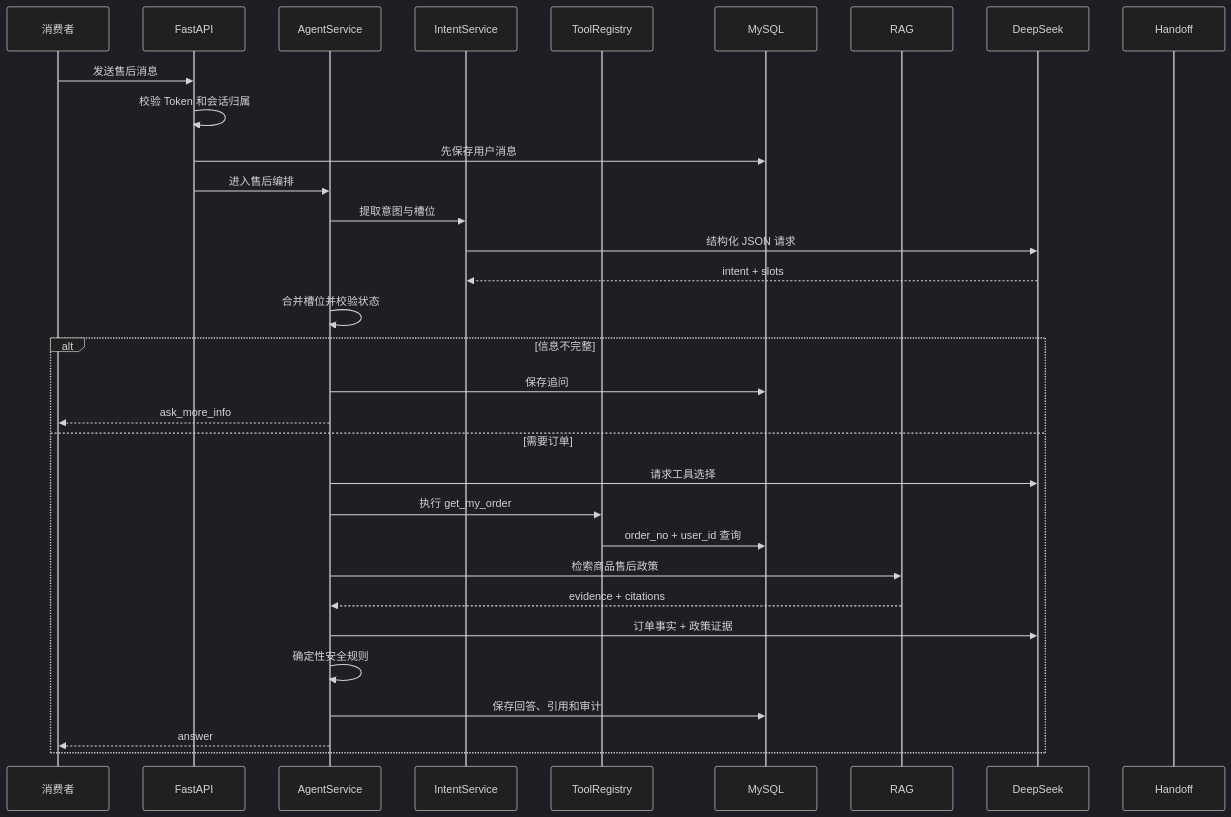
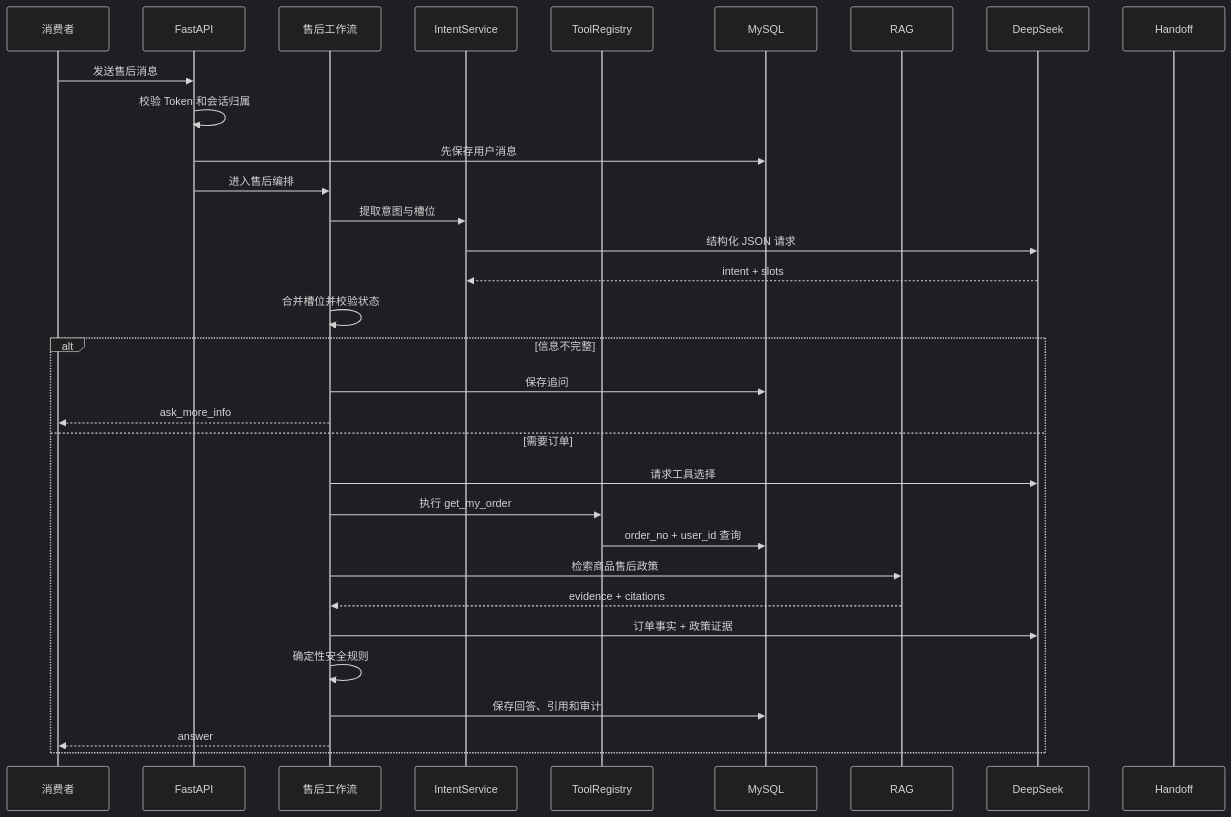
The second of 6 diagrams in docs/ARCHITECTURE.md (user-liniubi/smartshop), drawn with Mermaid (dark theme) before and after one commit. The commit also changed other lines of this file and 12 other files, not shown here.

````diff
--- a/docs/ARCHITECTURE.md
+++ b/docs/ARCHITECTURE.md
@@ -36,35 +38,35 @@
 ```mermaid
 sequenceDiagram
     participant U as 消费者
     participant API as FastAPI
-    participant A as AgentService
+    participant A as 售后工作流
     participant I as IntentService
     participant T as ToolRegistry
     participant DB as MySQL
     participant R as RAG
     participant L as DeepSeek
     participant H as Handoff
 
     U->>API: 发送售后消息
     API->>API: 校验 Token 和会话归属
     API->>DB: 先保存用户消息
     API->>A: 进入售后编排
     A->>I: 提取意图与槽位
     I->>L: 结构化 JSON 请求
     L-->>I: intent + slots
     A->>A: 合并槽位并校验状态
     alt 信息不完整
         A->>DB: 保存追问
         A-->>U: ask_more_info
     else 需要订单
         A->>L: 请求工具选择
         A->>T: 执行 get_my_order
         T->>DB: order_no + user_id 查询
         A->>R: 检索商品售后政策
         R-->>A: evidence + citations
         A->>L: 订单事实 + 政策证据
         A->>A: 确定性安全规则
         A->>DB: 保存回答、引用和审计
         A-->>U: answer
     end
 ```
````
